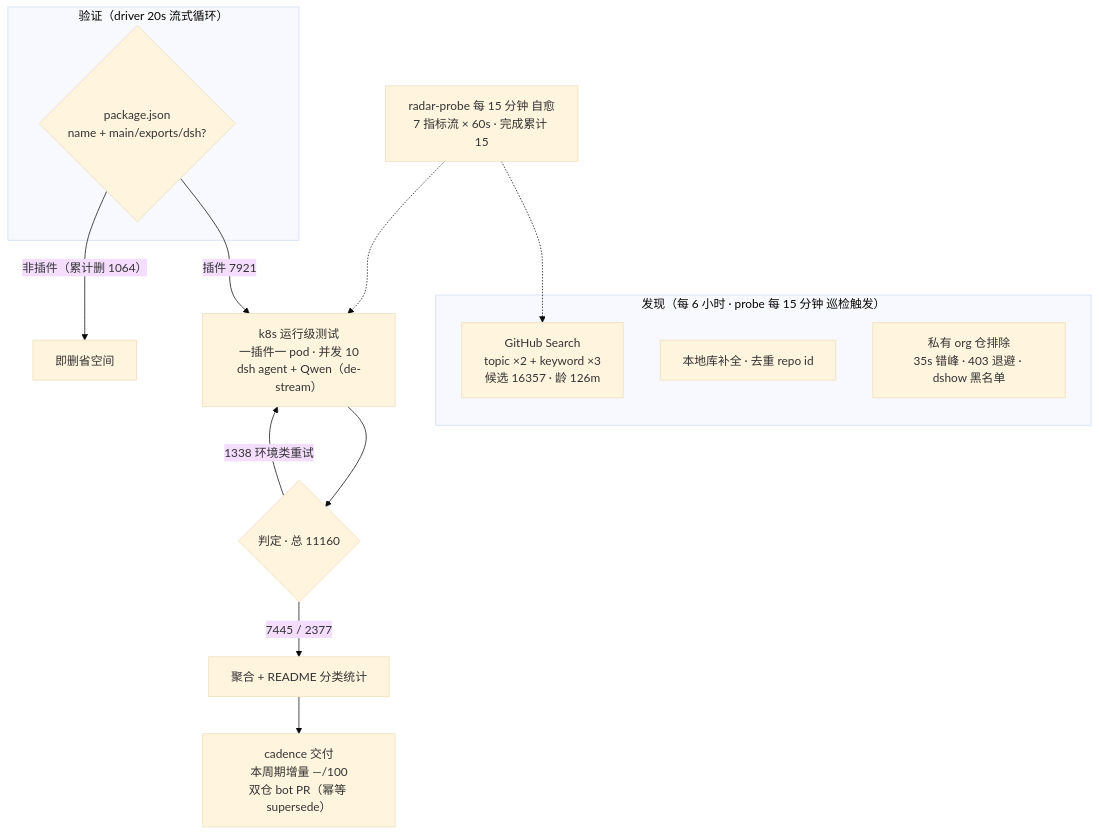
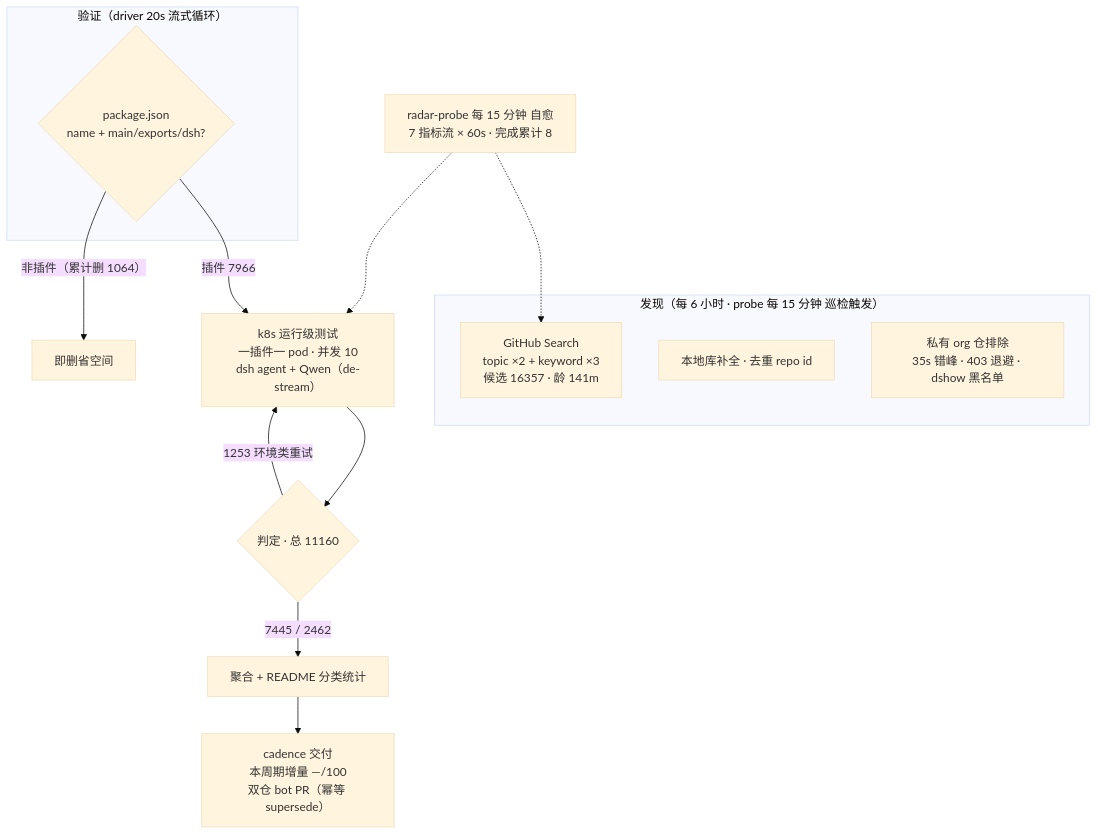
Before and after one commit to Zhidao-Lab-OSS/awesome-dsh-plugins: the diagram in README.md, drawn with Mermaid (base theme). The commit also changed other lines of this file and 1 other file, not shown here.

````diff
--- a/README.md
+++ b/README.md
@@ -52,20 +52,20 @@
 ```mermaid
 flowchart TB
     subgraph Discovery["发现（每 6 小时 · probe 每 15 分钟 巡检触发）"]
-        A1["GitHub Search<br/>topic ×2 + keyword ×3<br/>候选 16357 · 龄 126m"]
+        A1["GitHub Search<br/>topic ×2 + keyword ×3<br/>候选 16357 · 龄 141m"]
         A2["本地库补全 · 去重 repo id"]
         A3["私有 org 仓排除<br/>35s 错峰 · 403 退避 · dshow 黑名单"]
     end
     subgraph Validation["验证（driver 20s 流式循环）"]
         B1{"package.json<br/>name + main/exports/dsh?"}
     end
-    B1 -->|"插件 7921"| C1["k8s 运行级测试<br/>一插件一 pod · 并发 10<br/>dsh agent + Qwen（de-stream）"]
+    B1 -->|"插件 7966"| C1["k8s 运行级测试<br/>一插件一 pod · 并发 10<br/>dsh agent + Qwen（de-stream）"]
     B1 -->|"非插件（累计删 1064）"| B3["即删省空间"]
     C1 --> D1{"判定 · 总 11160"}
-    D1 -->|"7445 / 2377"| E1["聚合 + README 分类统计"]
-    D1 -->|"1338 环境类重试"| C1
+    D1 -->|"7445 / 2462"| E1["聚合 + README 分类统计"]
+    D1 -->|"1253 环境类重试"| C1
     E1 --> E2["cadence 交付<br/>本周期增量 —/100<br/>双仓 bot PR（幂等 supersede）"]
-    M["radar-probe 每 15 分钟 自愈<br/>7 指标流 × 60s · 完成累计 15"]
+    M["radar-probe 每 15 分钟 自愈<br/>7 指标流 × 60s · 完成累计 8"]
     M -.-> A1
     M -.-> C1
 ```
````
